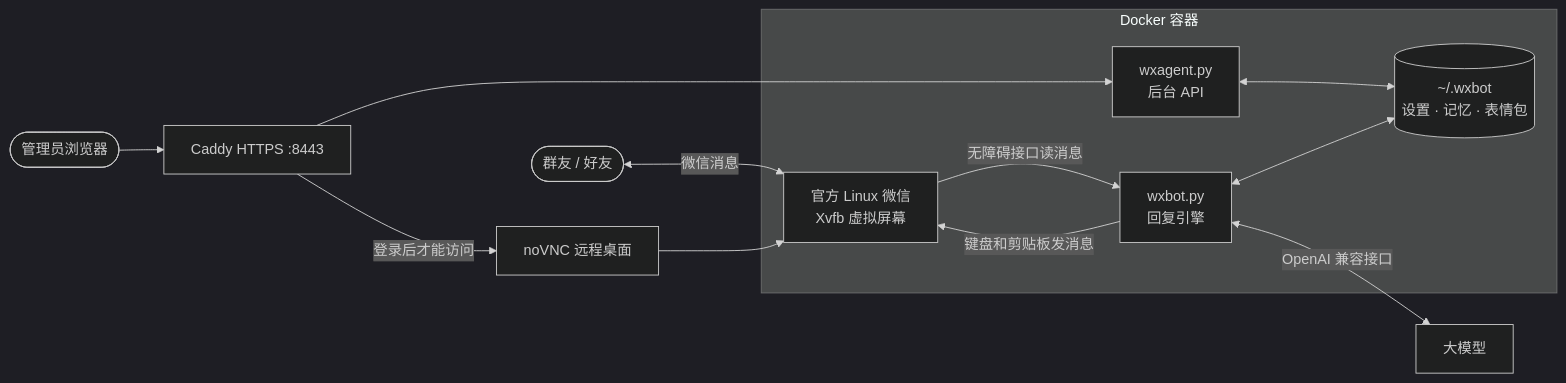
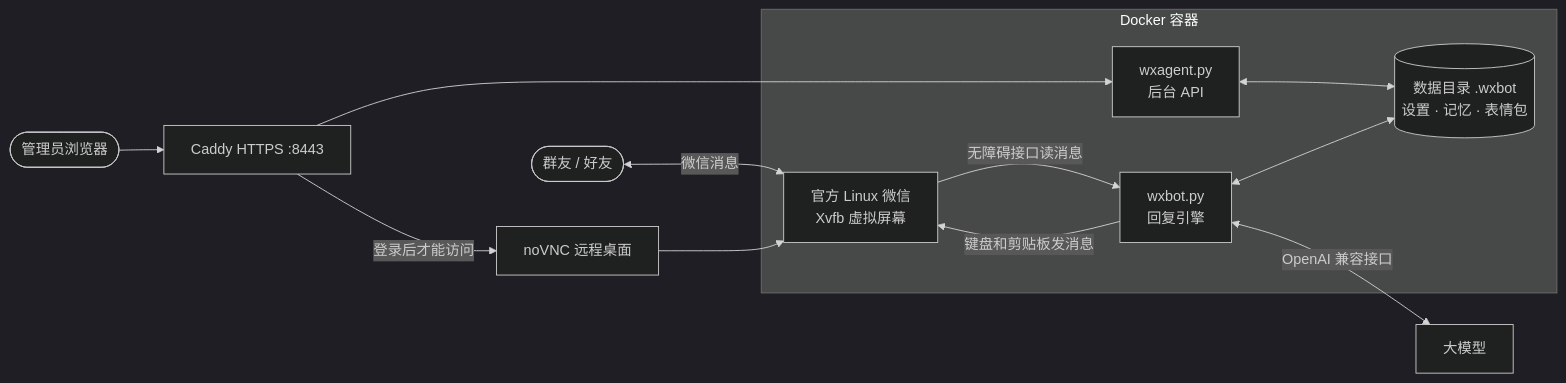
The diagram in README.md (AuR3L1US07/ChatBot), drawn with Mermaid (dark theme) before and after one commit.

Commit message:
Fix mermaid diagram

````diff
--- a/README.md
+++ b/README.md
@@ -94,14 +94,15 @@
 ```mermaid
 flowchart LR
-    U([群友 / 好友]) <-->|微信消息| W
-    subgraph C[Docker 容器]
-      W[官方 Linux 微信<br/>Xvfb 虚拟屏幕] -- 无障碍接口读消息 --> B[wxbot.py<br/>回复引擎]
-      B -- 键盘和剪贴板发消息 --> W
-      A[wxagent.py<br/>后台 API] <--> D[(~/.wxbot<br/>设置 · 记忆 · 表情包)]
+    U(["群友 / 好友"]) <-->|"微信消息"| W
+    subgraph C["Docker 容器"]
+      W["官方 Linux 微信<br/>Xvfb 虚拟屏幕"] -->|"无障碍接口读消息"| B["wxbot.py<br/>回复引擎"]
+      B -->|"键盘和剪贴板发消息"| W
+      A["wxagent.py<br/>后台 API"] <--> D[("数据目录 .wxbot<br/>设置 · 记忆 · 表情包")]
       B <--> D
     end
-    B <-->|OpenAI 兼容接口| L[大模型]
-    P[Caddy HTTPS :8443] --> A
-    P -->|登录后才能访问| V[noVNC 远程桌面] --> W
-    M([管理员浏览器]) --> P
+    B <-->|"OpenAI 兼容接口"| L["大模型"]
+    M(["管理员浏览器"]) --> P["Caddy HTTPS :8443"]
+    P --> A
+    P -->|"登录后才能访问"| V["noVNC 远程桌面"]
+    V --> W
 ```
````
